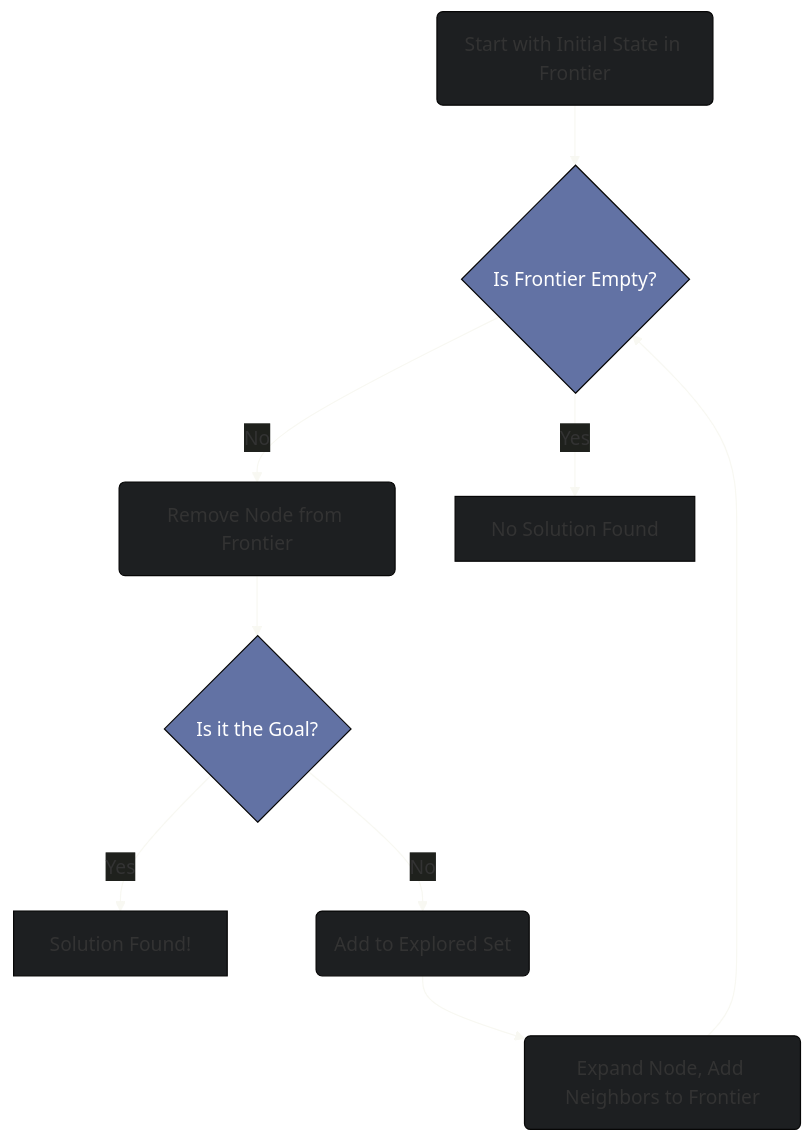
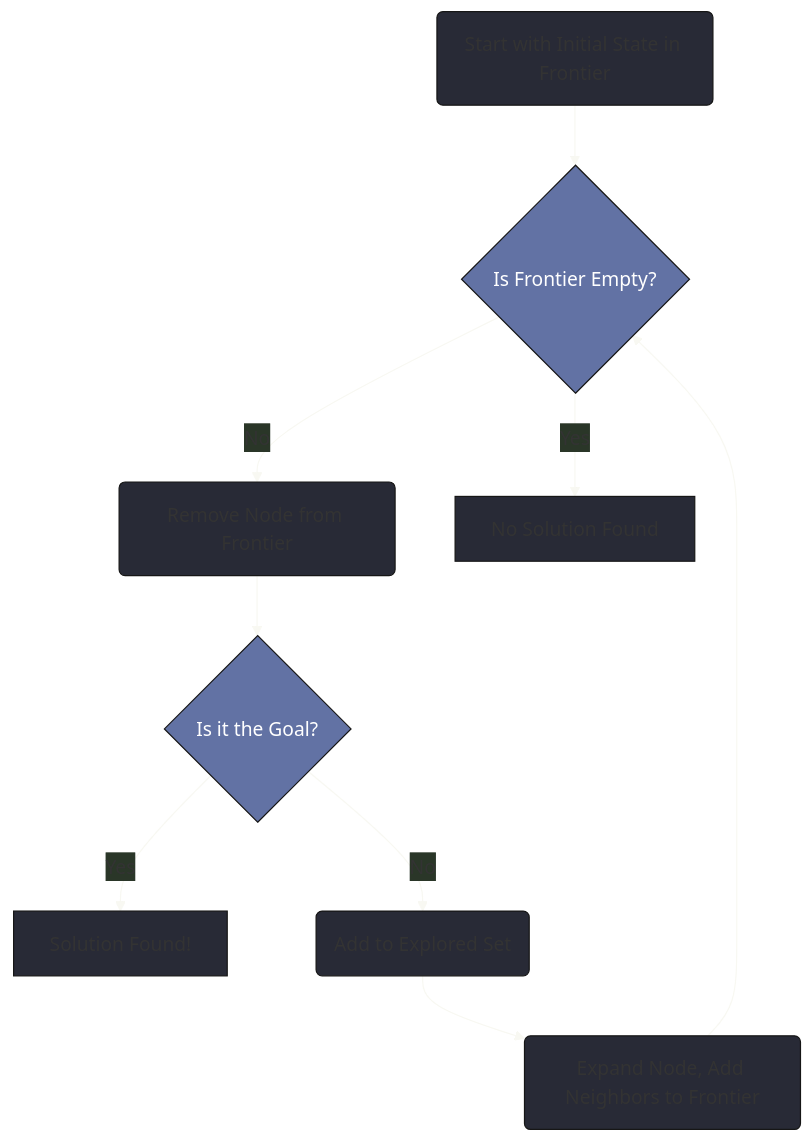
One commit to eltay89/eltay89.github.io changed the second of 6 diagrams in _posts/2025-08-08-ai-search-algorithms-a-z.md. Above: the diagram before and after it, drawn with Mermaid. The commit also changed other lines of this file, not shown here.

````diff
--- a/_posts/2025-08-08-ai-search-algorithms-a-z.md
+++ b/_posts/2025-08-08-ai-search-algorithms-a-z.md
@@ -70,15 +70,15 @@
 ```mermaid
-%%{ init: { 'theme': 'base', 'themeVariables': { 'primaryColor': '#1d1f21', 'lineColor': '#f8f8f2', 'textColor': '#f8f8f2' } } }%%
+%%{ init: { 'theme': 'base', 'themeVariables': { 'primaryColor': '#282a36', 'lineColor': '#f8f8f2', 'textColor': '#f8f8f2' } } }%%
 graph TD
     A(Start with Initial State in Frontier) --> B{Is Frontier Empty?};
     B -- No --> C(Remove Node from Frontier);
     C --> D{Is it the Goal?};
     D -- Yes --> F[Solution Found!];
     D -- No --> G(Add to Explored Set);
     G --> H(Expand Node, Add Neighbors to Frontier);
     H --> B;
     B -- Yes --> E[No Solution Found];
 
     classDef decision fill:#6272a4,color:#fff;
     class B,D decision;
 ```
````
